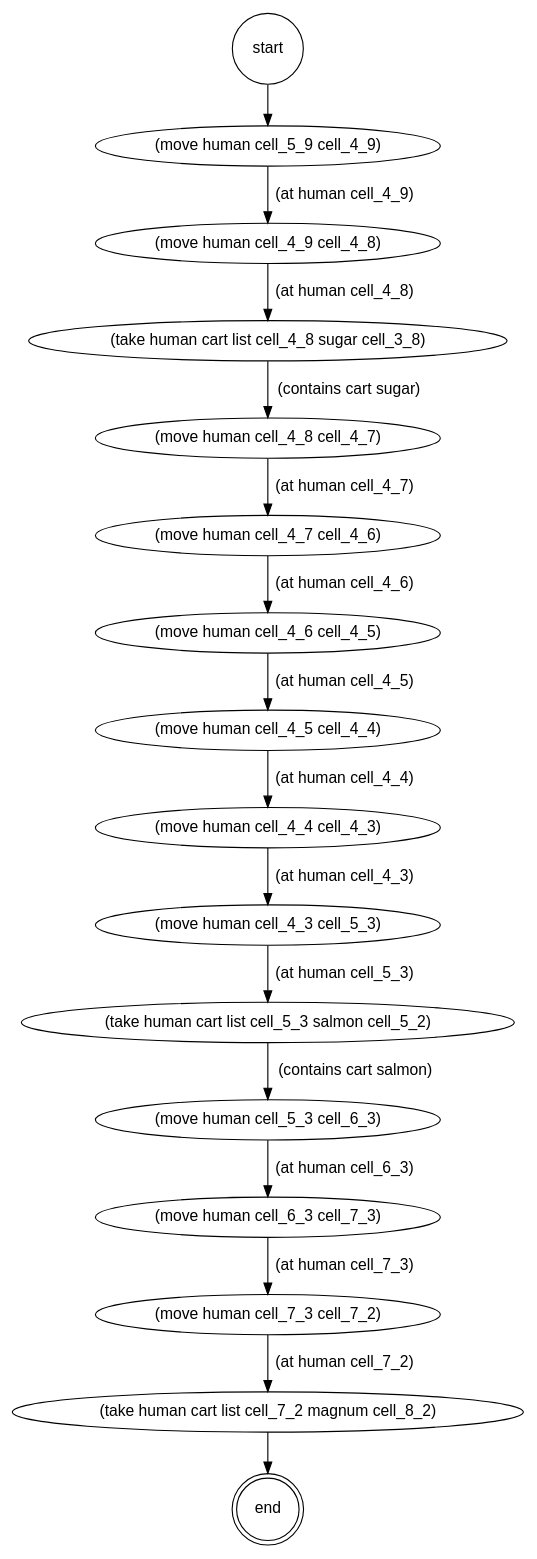
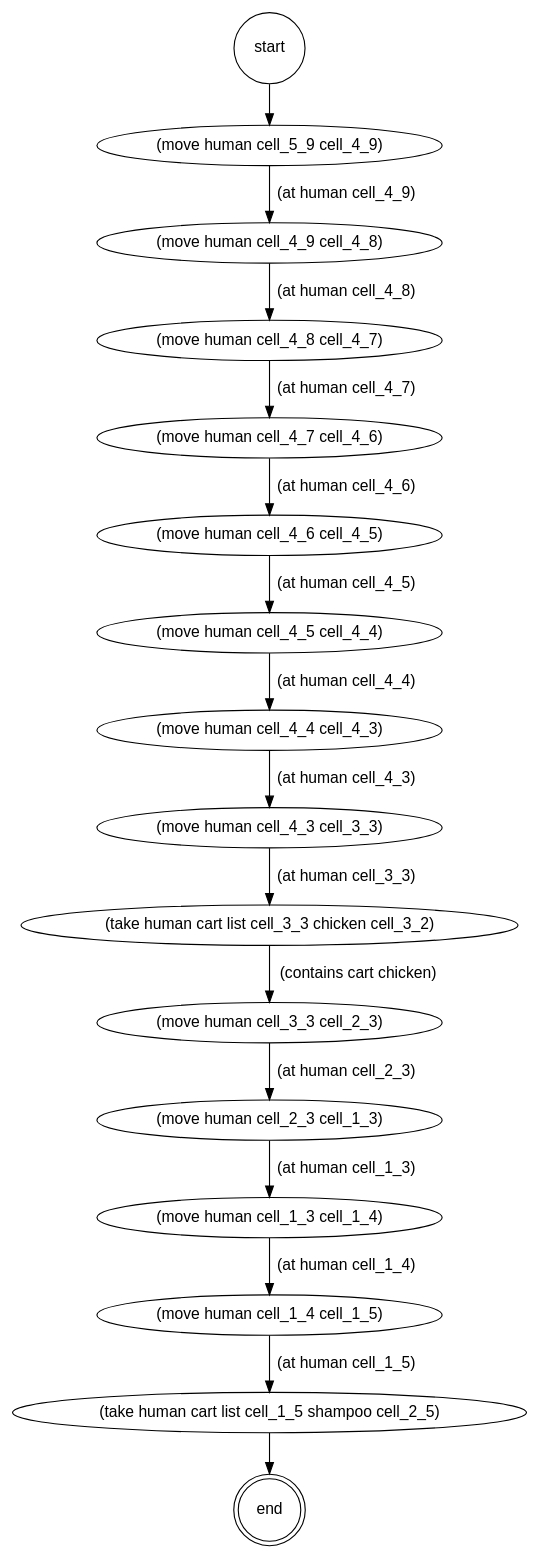
Before and after one commit to francescotss/PepperMart: the diagram in playground/pddl/temp/supermarket_problem.tred.gv, drawn with Graphviz. The commit also changed 16 other files, not shown here.

```diff
--- a/playground/pddl/temp/supermarket_problem.tred.gv
+++ b/playground/pddl/temp/supermarket_problem.tred.gv
@@ -1,29 +1,29 @@
 strict digraph "" {
 	graph [fontname=helvetica];
 	node [fontname=helvetica,
 		label="\N",
 		shape=ellipse
 	];
 	edge [fontname=helvetica];
 	"(end)"	 [label=end,
 		peripheries=2,
 		shape=circle];
-	"(take human cart list cell_7_2 magnum cell_8_2)" -> "(end)";
-	"(move human cell_7_3 cell_7_2)" -> "(take human cart list cell_7_2 magnum cell_8_2)"	 [label="(at human cell_7_2)"];
-	"(move human cell_6_3 cell_7_3)" -> "(move human cell_7_3 cell_7_2)"	 [label="(at human cell_7_3)"];
-	"(move human cell_5_3 cell_6_3)" -> "(move human cell_6_3 cell_7_3)"	 [label="(at human cell_6_3)"];
-	"(take human cart list cell_5_3 salmon cell_5_2)" -> "(move human cell_5_3 cell_6_3)"	 [label="(contains cart salmon)"];
-	"(move human cell_4_3 cell_5_3)" -> "(take human cart list cell_5_3 salmon cell_5_2)"	 [label="(at human cell_5_3)"];
-	"(move human cell_4_4 cell_4_3)" -> "(move human cell_4_3 cell_5_3)"	 [label="(at human cell_4_3)"];
+	"(take human cart list cell_1_5 shampoo cell_2_5)" -> "(end)";
+	"(move human cell_1_4 cell_1_5)" -> "(take human cart list cell_1_5 shampoo cell_2_5)"	 [label="(at human cell_1_5)"];
+	"(move human cell_1_3 cell_1_4)" -> "(move human cell_1_4 cell_1_5)"	 [label="(at human cell_1_4)"];
+	"(move human cell_2_3 cell_1_3)" -> "(move human cell_1_3 cell_1_4)"	 [label="(at human cell_1_3)"];
+	"(move human cell_3_3 cell_2_3)" -> "(move human cell_2_3 cell_1_3)"	 [label="(at human cell_2_3)"];
+	"(take human cart list cell_3_3 chicken cell_3_2)" -> "(move human cell_3_3 cell_2_3)"	 [label="(contains cart chicken)"];
+	"(move human cell_4_3 cell_3_3)" -> "(take human cart list cell_3_3 chicken cell_3_2)"	 [label="(at human cell_3_3)"];
+	"(move human cell_4_4 cell_4_3)" -> "(move human cell_4_3 cell_3_3)"	 [label="(at human cell_4_3)"];
 	"(move human cell_4_5 cell_4_4)" -> "(move human cell_4_4 cell_4_3)"	 [label="(at human cell_4_4)"];
 	"(move human cell_4_6 cell_4_5)" -> "(move human cell_4_5 cell_4_4)"	 [label="(at human cell_4_5)"];
 	"(move human cell_4_7 cell_4_6)" -> "(move human cell_4_6 cell_4_5)"	 [label="(at human cell_4_6)"];
 	"(move human cell_4_8 cell_4_7)" -> "(move human cell_4_7 cell_4_6)"	 [label="(at human cell_4_7)"];
-	"(take human cart list cell_4_8 sugar cell_3_8)" -> "(move human cell_4_8 cell_4_7)"	 [label="(contains cart sugar)"];
-	"(move human cell_4_9 cell_4_8)" -> "(take human cart list cell_4_8 sugar cell_3_8)"	 [label="(at human cell_4_8)"];
+	"(move human cell_4_9 cell_4_8)" -> "(move human cell_4_8 cell_4_7)"	 [label="(at human cell_4_8)"];
 	"(move human cell_5_9 cell_4_9)" -> "(move human cell_4_9 cell_4_8)"	 [label="(at human cell_4_9)"];
 	"(start)"	 [label=start,
 		peripheries=1,
 		shape=circle];
 	"(start)" -> "(move human cell_5_9 cell_4_9)";
 }
```
